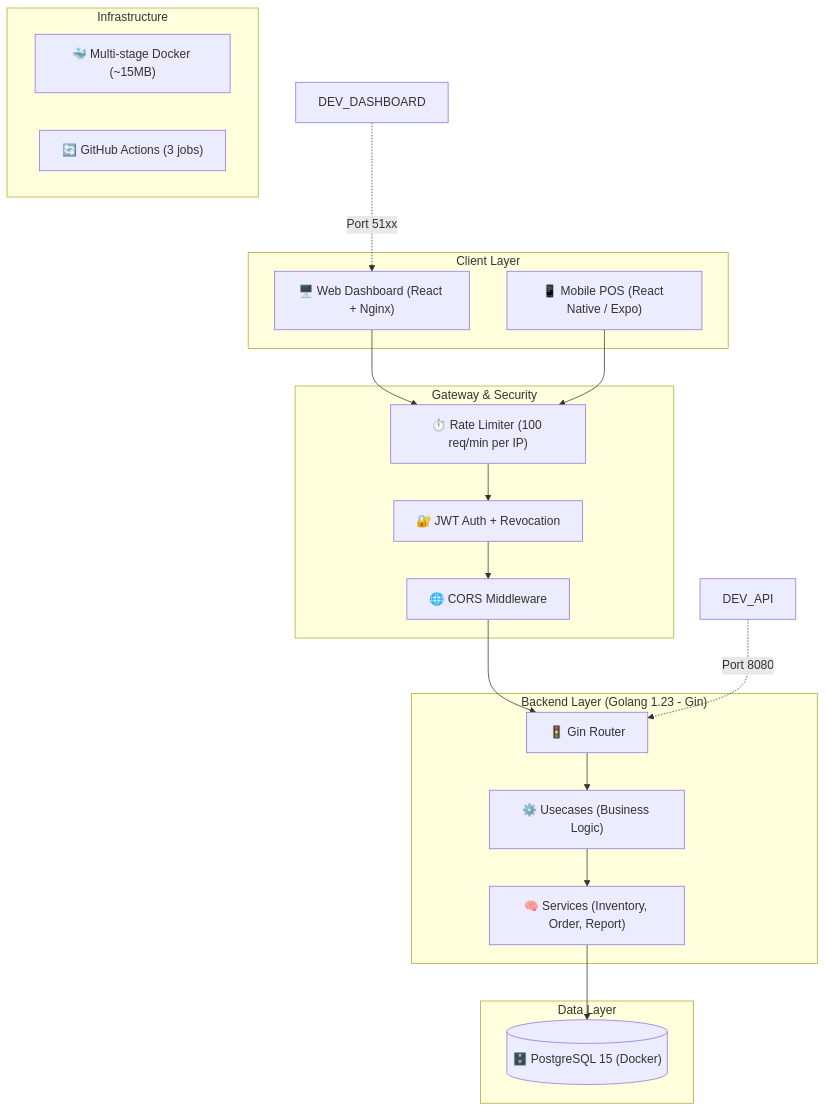
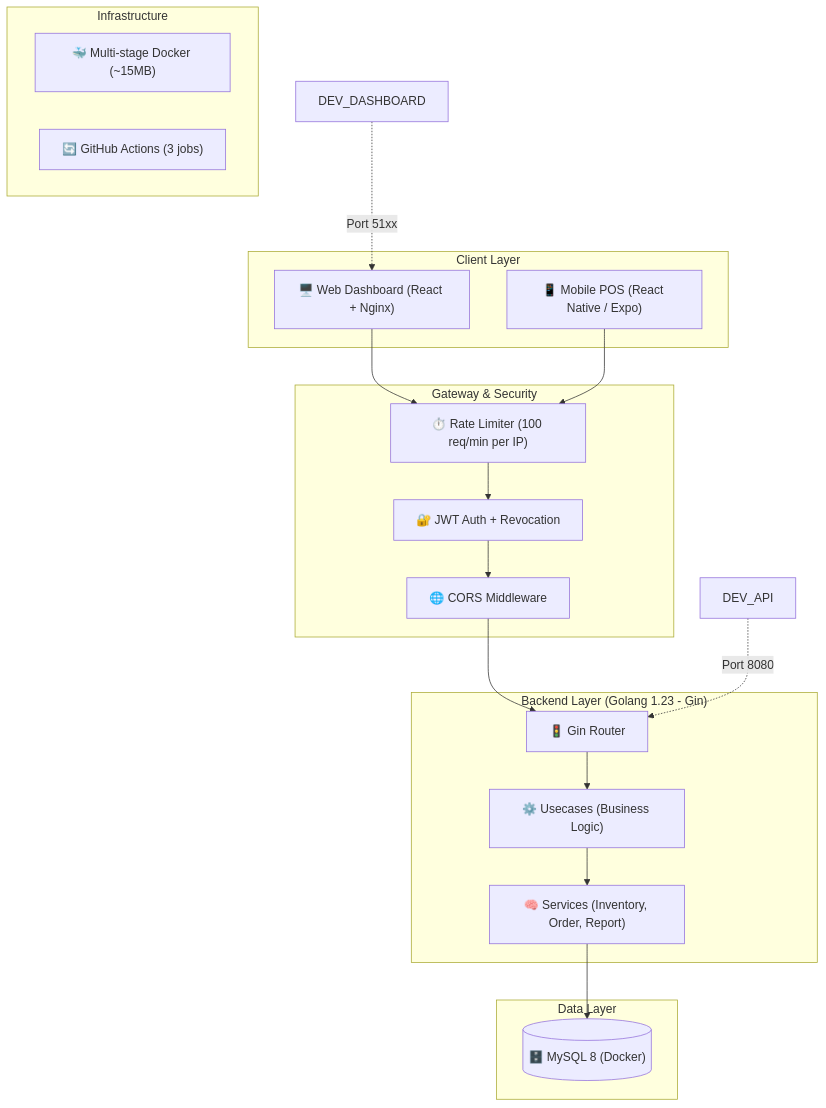
Before and after one commit to emoajib/SINGGAH-COFFE: the diagram in PROJECT_STATUS.md, drawn with Mermaid. The commit also changed other lines of this file and 49 other files, not shown here.

````diff
--- a/PROJECT_STATUS.md
+++ b/PROJECT_STATUS.md
@@ -72,40 +72,40 @@
 ```mermaid
 graph TD
     subgraph Clients ["Client Layer"]
         WEB["🖥️ Web Dashboard (React + Nginx)"]
         MOBILE["📱 Mobile POS (React Native / Expo)"]
     end
 
     subgraph Gateway ["Gateway & Security"]
         RATELIMIT["⏱️ Rate Limiter (100 req/min per IP)"]
         AUTH["🔐 JWT Auth + Revocation"]
         CORS["🌐 CORS Middleware"]
     end
 
     subgraph Backend ["Backend Layer (Golang 1.23 - Gin)"]
         ROUTER["🚦 Gin Router"]
         SERVICES["🧠 Services (Inventory, Order, Report)"]
         USECASE["⚙️ Usecases (Business Logic)"]
     end
 
     subgraph Data ["Data Layer"]
-        DB[("🗄️ PostgreSQL 15 (Docker)")]
+        DB[("🗄️ MySQL 8 (Docker)")]
     end
 
     subgraph DevOps ["Infrastructure"]
         DOCKER["🐳 Multi-stage Docker (~15MB)"]
         CI["🔄 GitHub Actions (3 jobs)"]
     end
 
     WEB --> RATELIMIT
     MOBILE --> RATELIMIT
     RATELIMIT --> AUTH
     AUTH --> CORS
     CORS --> ROUTER
     ROUTER --> USECASE
     USECASE --> SERVICES
     SERVICES --> DB
 
     DEV_DASHBOARD -.->|"Port 51xx"| WEB
     DEV_API -.->|"Port 8080"| ROUTER
 ```
````
